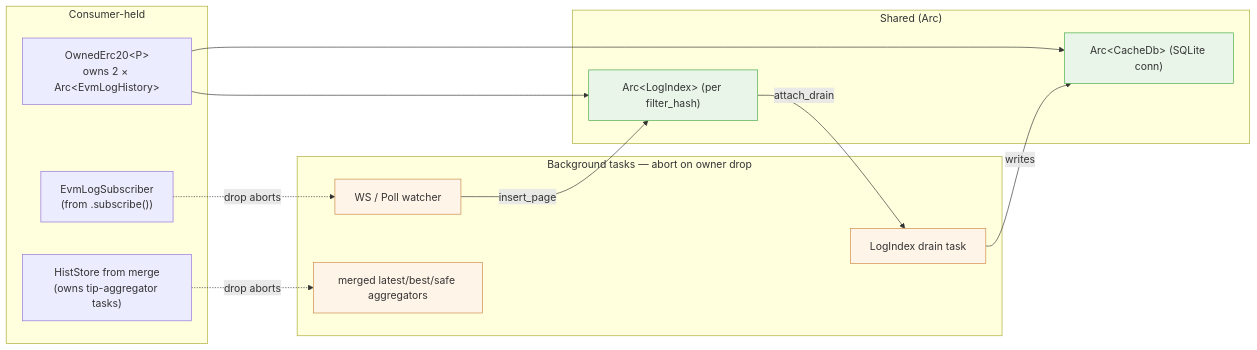
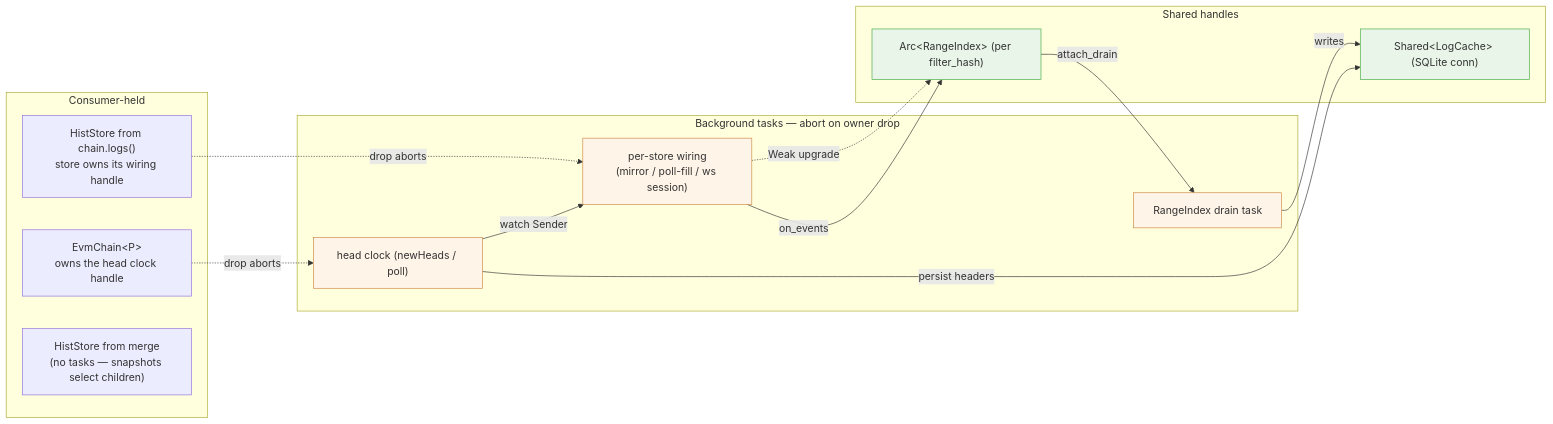
One commit to nikicat/chainfold changed diagram 11 of 12 in docs/ARCHITECTURE.md. Above: the diagram before and after it, drawn with Mermaid. The commit also changed other lines of this file and 2 other files, not shown here.

First line of the commit message:
docs: align ARCHITECTURE.md + refactor.md + TODO.md with shipped R3

````diff
--- a/docs/ARCHITECTURE.md
+++ b/docs/ARCHITECTURE.md
@@ -935,30 +978,31 @@
 ```mermaid
 flowchart LR
     subgraph OWNED["Consumer-held"]
-        OwnedErc20Box["OwnedErc20&lt;P&gt;<br/>owns 2 × Arc&lt;EvmLogHistory&gt;"]
-        SubscriberBox["EvmLogSubscriber<br/>(from .subscribe())"]
-        MergedBox["HistStore from merge<br/>(owns tip-aggregator tasks)"]
+        ChainBox["EvmChain&lt;P&gt;<br/>owns the head clock handle"]
+        StoreBox["HistStore from chain.logs()<br/>store owns its wiring handle"]
+        MergedBox["HistStore from merge<br/>(no tasks — snapshots select children)"]
     end
     subgraph BG["Background tasks — abort on owner drop"]
-        Watcher["WS / Poll watcher"]
-        DrainTask["LogIndex drain task"]
-        Aggr["merged latest/best/safe aggregators"]
+        Clock["head clock (newHeads / poll)"]
+        Wiring["per-store wiring<br/>(mirror / poll-fill / ws session)"]
+        DrainTask["RangeIndex drain task"]
     end
-    subgraph SHARED["Shared (Arc)"]
-        CacheA["Arc&lt;CacheDb&gt; (SQLite conn)"]
-        IdxA["Arc&lt;LogIndex&gt; (per filter_hash)"]
+    subgraph SHARED["Shared handles"]
+        CacheA["Shared&lt;LogCache&gt; (SQLite conn)"]
+        IdxA["Arc&lt;RangeIndex&gt; (per filter_hash)"]
     end
 
-    OwnedErc20Box --> IdxA
-    OwnedErc20Box --> CacheA
-    SubscriberBox -. drop aborts .-> Watcher
-    Watcher -- insert_page --> IdxA
+    ChainBox -. drop aborts .-> Clock
+    StoreBox -. drop aborts .-> Wiring
+    Wiring -. Weak upgrade .-> IdxA
+    Clock -- watch Sender --> Wiring
+    Wiring -- on_events --> IdxA
     IdxA -- attach_drain --> DrainTask
     DrainTask -- writes --> CacheA
-    MergedBox -. drop aborts .-> Aggr
+    Clock -- persist headers --> CacheA
 
     classDef bg fill:#fff4e8,stroke:#cc8844
     classDef shared fill:#e8f5e8,stroke:#44aa44
-    class Watcher,DrainTask,Aggr bg
+    class Clock,Wiring,DrainTask bg
     class CacheA,IdxA shared
 ```
````
